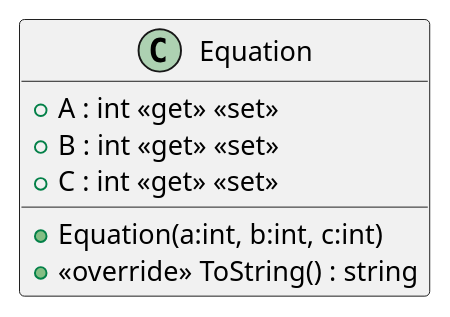
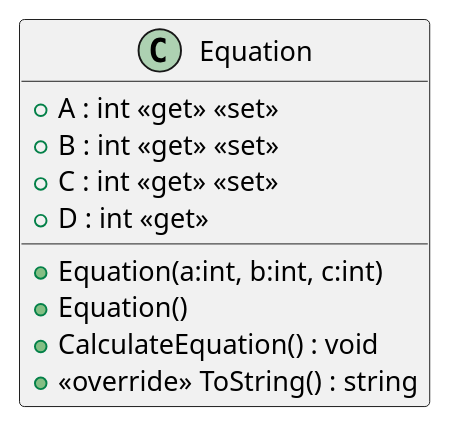
The diagram in plantuml/20240807_HW_Exceptions/Equation.puml (19vano97/levelUpOOP), drawn with PlantUML before and after one commit. The commit also changed 28 other files, not shown here.

```diff
--- a/plantuml/20240807_HW_Exceptions/Equation.puml
+++ b/plantuml/20240807_HW_Exceptions/Equation.puml
@@ -1,9 +1,12 @@
 @startuml
 class Equation {
     + Equation(a:int, b:int, c:int)
+    + Equation()
     + A : int <<get>> <<set>>
     + B : int <<get>> <<set>>
     + C : int <<get>> <<set>>
+    + D : int <<get>>
+    + CalculateEquation() : void
     + <<override>> ToString() : string
 }
 @enduml
```
